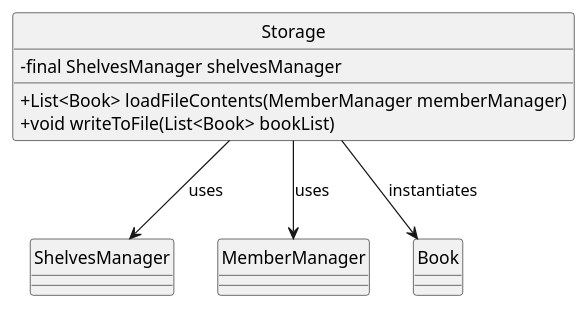
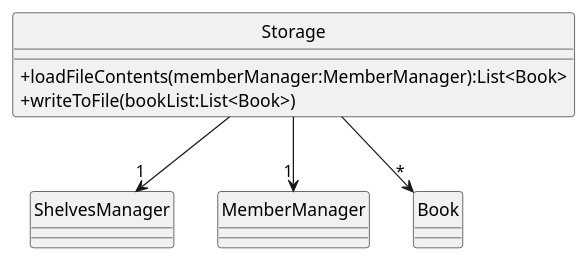
One commit to eth4n22/tp changed the diagram in docs/diagrams/StorageClass.puml. Above: the diagram before and after it, drawn with PlantUML. The commit also changed 2 other files, not shown here.

```diff
--- a/docs/diagrams/StorageClass.puml
+++ b/docs/diagrams/StorageClass.puml
@@ -1,24 +1,22 @@
 @startuml
 hide circle
 skinparam classAttributeIconSize 0
 
 class Storage {
-    - final ShelvesManager shelvesManager
-
-    + List<Book> loadFileContents(MemberManager memberManager)
-    + void writeToFile(List<Book> bookList)
+    + loadFileContents(memberManager:MemberManager):List<Book>
+    + writeToFile(bookList:List<Book>)
 }
 
 class ShelvesManager {
 }
 
 class MemberManager {
 }
 
 class Book {
 }
 
-Storage --> ShelvesManager : uses
-Storage --> MemberManager : uses
-Storage --> Book : instantiates
+Storage --> "1" ShelvesManager
+Storage --> "1" MemberManager
+Storage --> "*" Book
 @enduml
```
